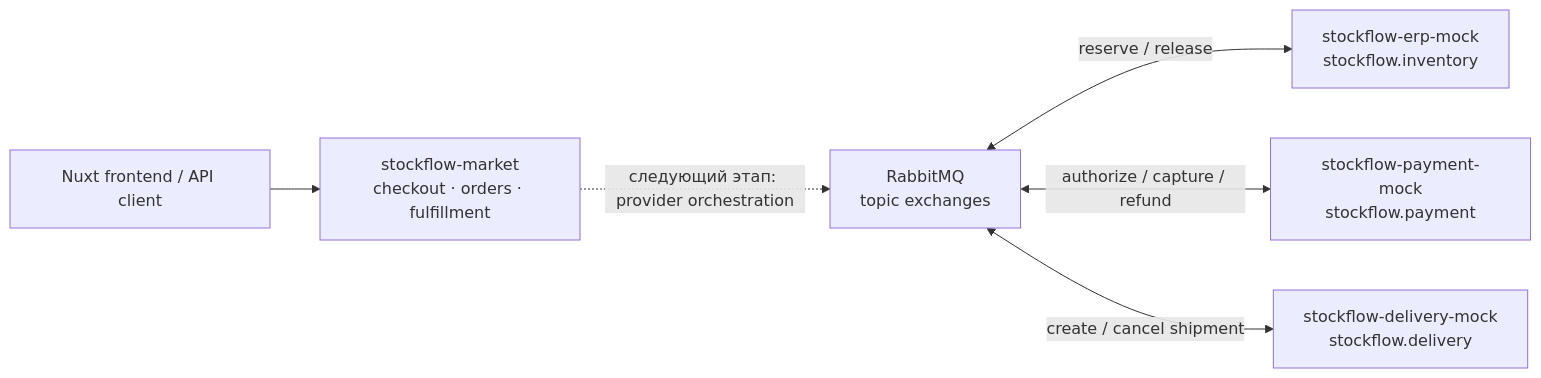
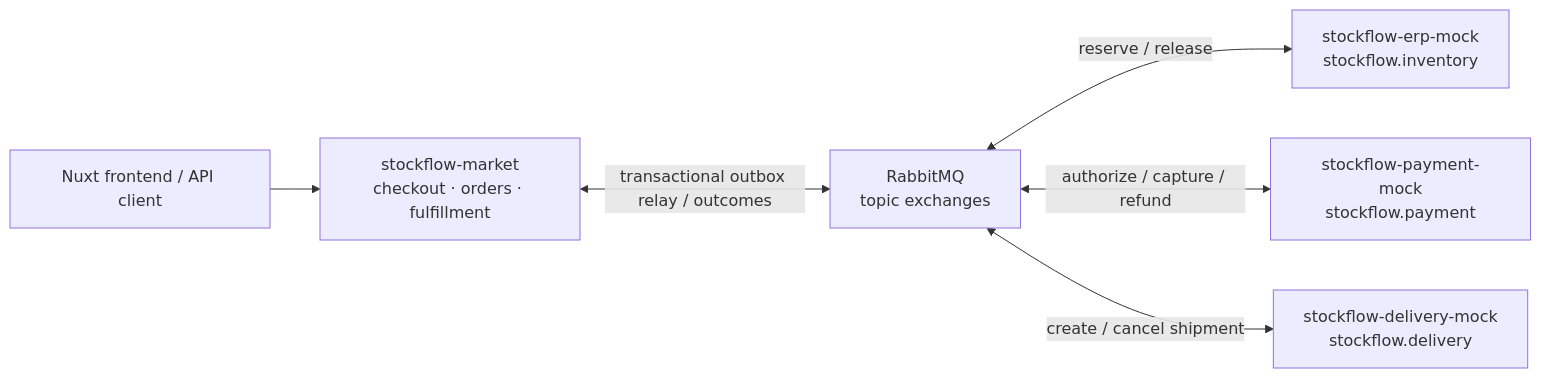
One commit to Smiley-Alyx/stockflow-market changed the first of 2 diagrams in README.md. Above: the diagram before and after it, drawn with Mermaid. The commit also changed other lines of this file and 3 other files, not shown here.

````diff
--- a/README.md
+++ b/README.md
@@ -17,8 +17,8 @@
 ```mermaid
 flowchart LR
     client["Nuxt frontend / API client"] --> market["stockflow-market<br/>checkout · orders · fulfillment"]
-    market -. "следующий этап: provider orchestration" .-> rabbit["RabbitMQ<br/>topic exchanges"]
+    market <-->|"transactional outbox relay / outcomes"| rabbit["RabbitMQ<br/>topic exchanges"]
     rabbit <-->|"reserve / release"| inventory["stockflow-erp-mock<br/>stockflow.inventory"]
     rabbit <-->|"authorize / capture / refund"| payment["stockflow-payment-mock<br/>stockflow.payment"]
     rabbit <-->|"create / cancel shipment"| delivery["stockflow-delivery-mock<br/>stockflow.delivery"]
 ```
````
